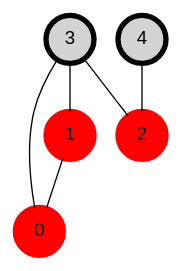
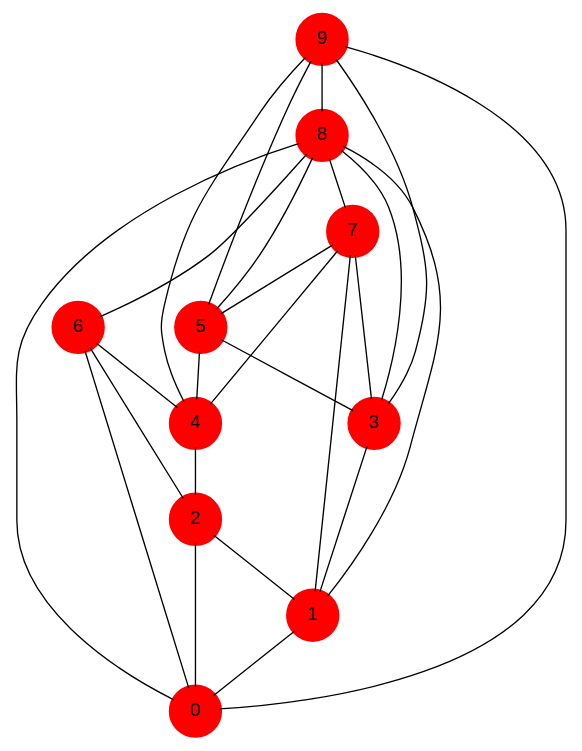
The diagram in dotfiles/covered_graph.dot (ivolvanov/vertex-cover), drawn with Graphviz before and after one commit. The commit also changed 9 other files, not shown here.

```diff
--- a/dotfiles/covered_graph.dot
+++ b/dotfiles/covered_graph.dot
@@ -1,14 +1,39 @@
 graph my_graph {
 node [ fontname = Arial, style="filled,setlinewidth(4)", shape=circle ]
 node0 [ label = "0" color=red  ]
 node1 [ label = "1" color=red  ]
 node2 [ label = "2" color=red  ]
-node3 [ label = "3" ]
-node4 [ label = "4" ]
+node3 [ label = "3" color=red  ]
+node4 [ label = "4" color=red  ]
+node5 [ label = "5" color=red  ]
+node6 [ label = "6" color=red  ]
+node7 [ label = "7" color=red  ]
+node8 [ label = "8" color=red  ]
+node9 [ label = "9" color=red  ]
 
 node1 -- node0
-node3 -- node0
+node2 -- node0
+node2 -- node1
 node3 -- node1
-node3 -- node2
 node4 -- node2
+node5 -- node3
+node5 -- node4
+node6 -- node0
+node6 -- node2
+node6 -- node4
+node7 -- node1
+node7 -- node3
+node7 -- node4
+node7 -- node5
+node8 -- node0
+node8 -- node1
+node8 -- node3
+node8 -- node5
+node8 -- node6
+node8 -- node7
+node9 -- node0
+node9 -- node3
+node9 -- node4
+node9 -- node5
+node9 -- node8
 }
```
